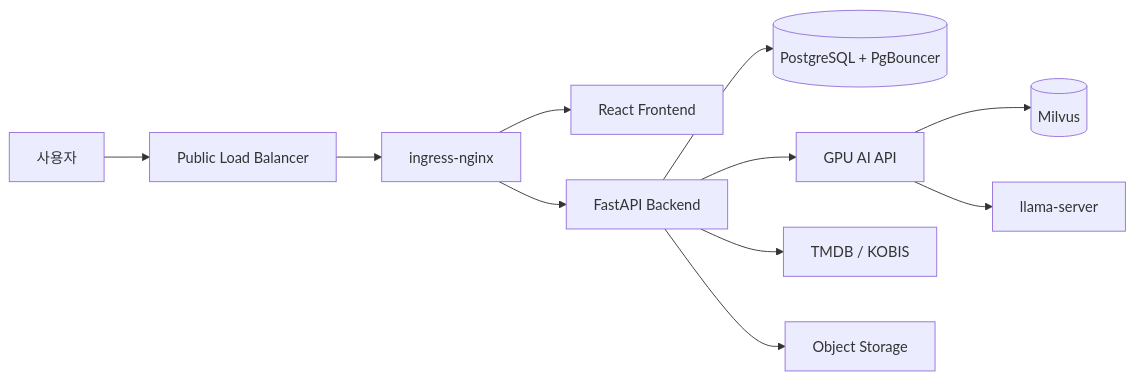
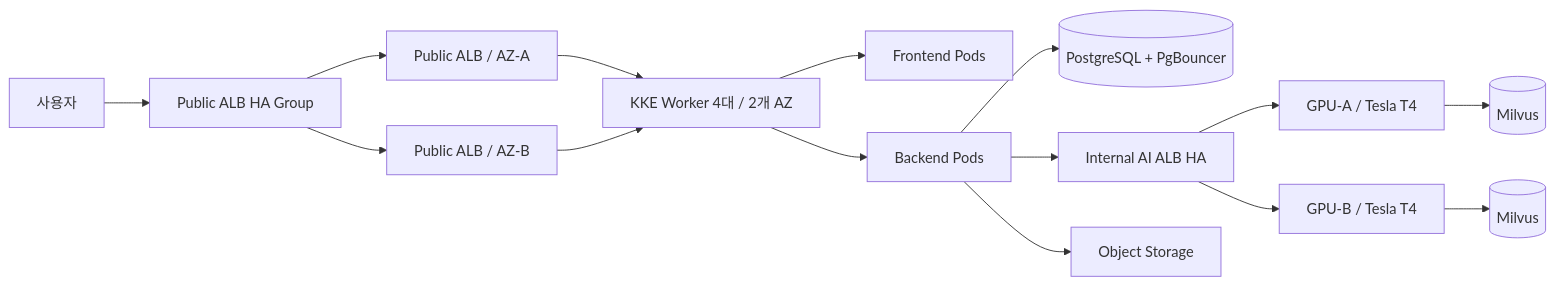
One commit to dnddlek8275/Musubi-Movie-Recommended-Site changed the diagram in README.md. Above: the diagram before and after it, drawn with Mermaid. The commit also changed other lines of this file and 160 other files, not shown here.

````diff
--- a/README.md
+++ b/README.md
@@ -25,13 +26,17 @@
 ```mermaid
 flowchart LR
-    U[사용자] --> L[Public Load Balancer]
-    L --> I[ingress-nginx]
-    I --> F[React Frontend]
-    I --> B[FastAPI Backend]
-    B --> P[(PostgreSQL + PgBouncer)]
-    B --> A[GPU AI API]
-    A --> M[(Milvus)]
-    A --> G[llama-server]
-    B --> T[TMDB / KOBIS]
+    U[사용자] --> PH[Public ALB HA Group]
+    PH --> PA[Public ALB / AZ-A]
+    PH --> PB[Public ALB / AZ-B]
+    PA --> K[KKE Worker 4대 / 2개 AZ]
+    PB --> K
+    K --> F[Frontend Pods]
+    K --> B[Backend Pods]
+    B --> DB[(PostgreSQL + PgBouncer)]
+    B --> AH[Internal AI ALB HA]
+    AH --> GA[GPU-A / Tesla T4]
+    AH --> GB[GPU-B / Tesla T4]
+    GA --> MA[(Milvus)]
+    GB --> MB[(Milvus)]
     B --> O[Object Storage]
 ```
````
